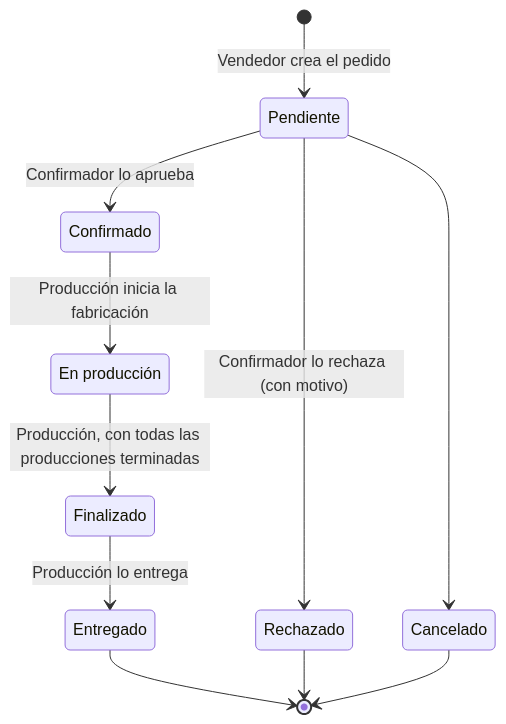
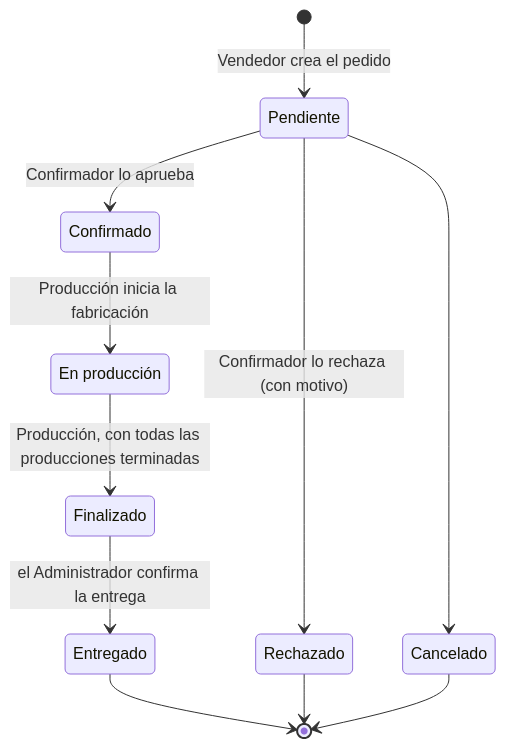
The first of 7 diagrams in docs/arquitectura/06-vista-de-ejecucion.md (Julian-Gomez-L/ConexBase), drawn with Mermaid before and after one commit. The commit also changed other lines of this file and 33 other files, not shown here.

````diff
--- a/docs/arquitectura/06-vista-de-ejecucion.md
+++ b/docs/arquitectura/06-vista-de-ejecucion.md
@@ -9,15 +9,15 @@
 ```mermaid
 stateDiagram-v2
     [*] --> Pendiente: Vendedor crea el pedido
     Pendiente --> Confirmado: Confirmador lo aprueba
     Pendiente --> Rechazado: Confirmador lo rechaza (con motivo)
     Confirmado --> EnProduccion: Producción inicia la fabricación
     EnProduccion --> Finalizado: Producción, con todas las producciones terminadas
-    Finalizado --> Entregado: Producción lo entrega
+    Finalizado --> Entregado: el Administrador confirma la entrega
     Pendiente --> Cancelado
     Entregado --> [*]
     Rechazado --> [*]
     Cancelado --> [*]
 
     state "En producción" as EnProduccion
 ```
````
